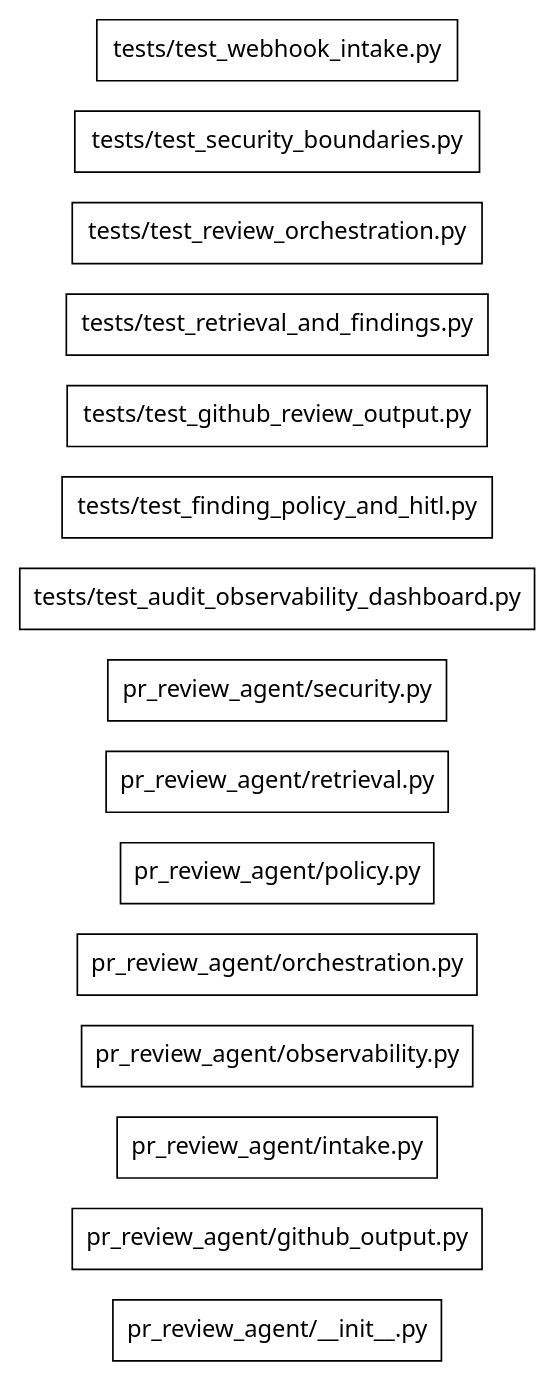
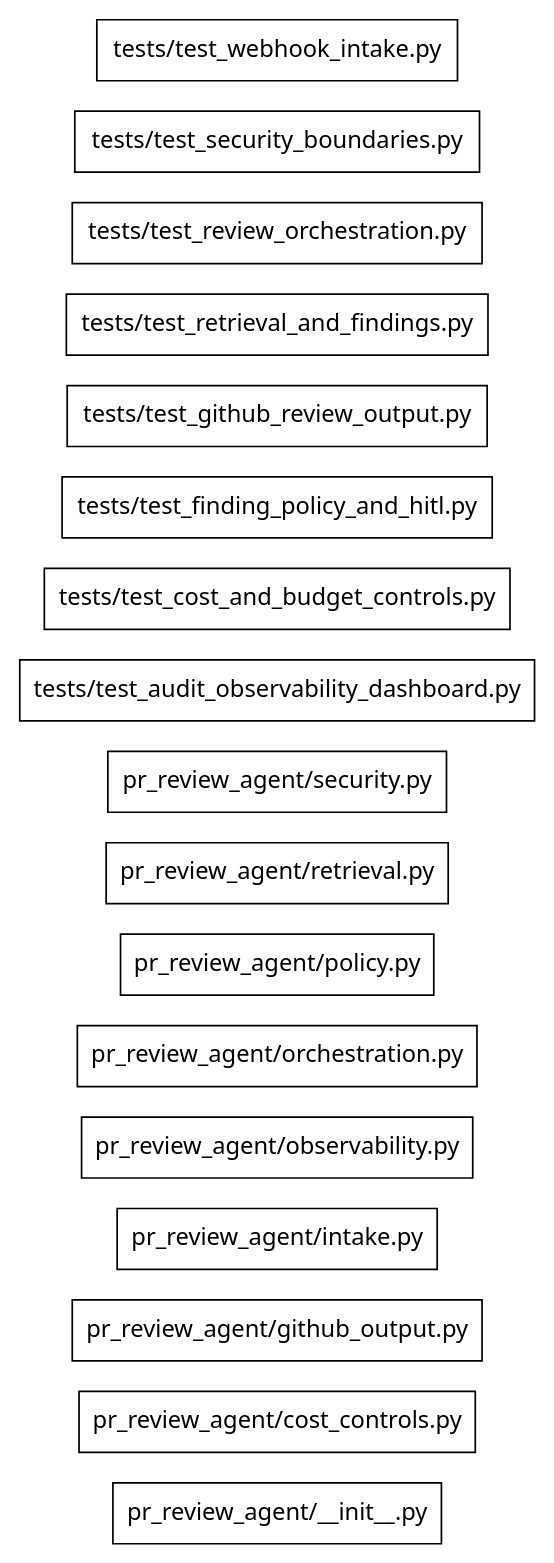
Before and after one commit to Ayush-Kant/PR-Review-Agent: the diagram in .genesis/index/graph.dot, drawn with Graphviz. The commit also changed 14 other files, not shown here.

Commit message:
feat: add cost and budget controls

```diff
--- a/.genesis/index/graph.dot
+++ b/.genesis/index/graph.dot
@@ -1,20 +1,22 @@
 digraph genesis {
   rankdir=LR;
   node [shape=box,fontname="system-ui"];
   "file:pr_review_agent/__init__.py" [label="pr_review_agent/__init__.py",class="file"];
+  "file:pr_review_agent/cost_controls.py" [label="pr_review_agent/cost_controls.py",class="file"];
   "file:pr_review_agent/github_output.py" [label="pr_review_agent/github_output.py",class="file"];
   "file:pr_review_agent/intake.py" [label="pr_review_agent/intake.py",class="file"];
   "file:pr_review_agent/observability.py" [label="pr_review_agent/observability.py",class="file"];
   "file:pr_review_agent/orchestration.py" [label="pr_review_agent/orchestration.py",class="file"];
   "file:pr_review_agent/policy.py" [label="pr_review_agent/policy.py",class="file"];
   "file:pr_review_agent/retrieval.py" [label="pr_review_agent/retrieval.py",class="file"];
   "file:pr_review_agent/security.py" [label="pr_review_agent/security.py",class="file"];
   "file:tests/test_audit_observability_dashboard.py" [label="tests/test_audit_observability_dashboard.py",class="file"];
+  "file:tests/test_cost_and_budget_controls.py" [label="tests/test_cost_and_budget_controls.py",class="file"];
   "file:tests/test_finding_policy_and_hitl.py" [label="tests/test_finding_policy_and_hitl.py",class="file"];
   "file:tests/test_github_review_output.py" [label="tests/test_github_review_output.py",class="file"];
   "file:tests/test_retrieval_and_findings.py" [label="tests/test_retrieval_and_findings.py",class="file"];
   "file:tests/test_review_orchestration.py" [label="tests/test_review_orchestration.py",class="file"];
   "file:tests/test_security_boundaries.py" [label="tests/test_security_boundaries.py",class="file"];
   "file:tests/test_webhook_intake.py" [label="tests/test_webhook_intake.py",class="file"];
 
 }
```
